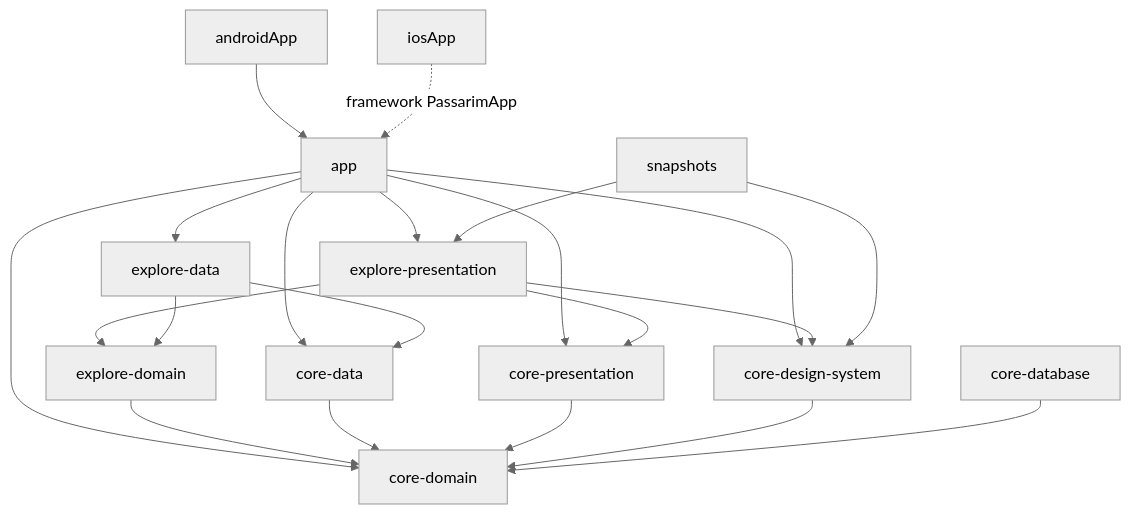
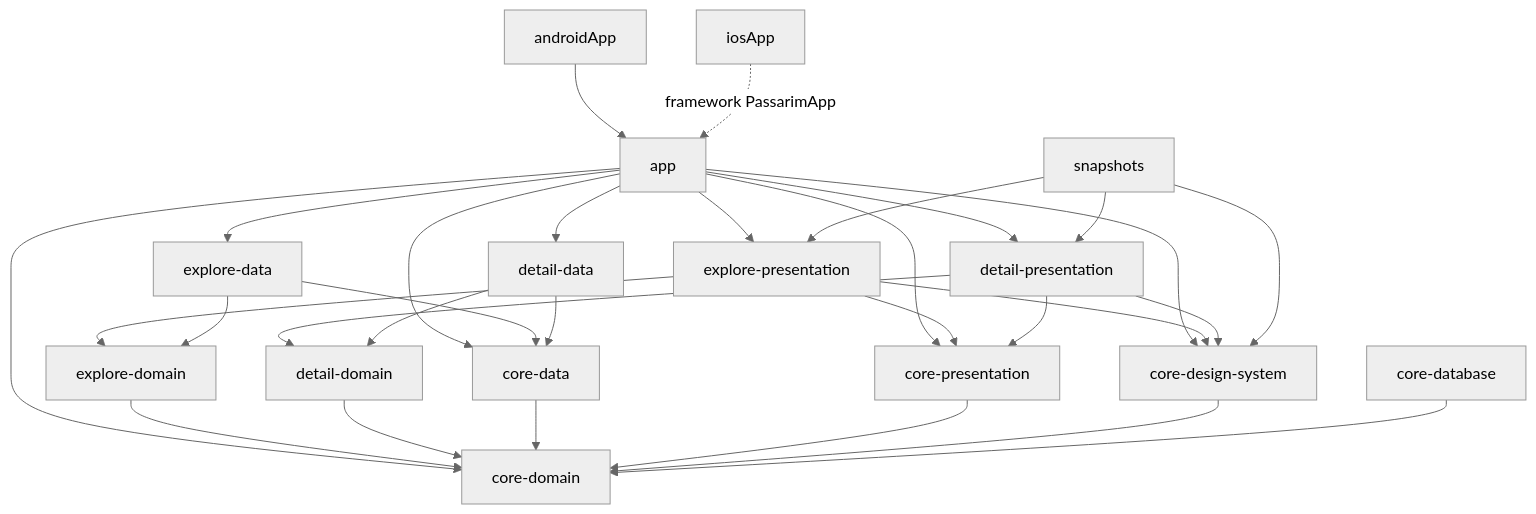
The diagram in README.md (velosobr/passarim-app), drawn with Mermaid (neutral theme) before and after one commit. The commit also changed other lines of this file, not shown here.

````diff
--- a/README.md
+++ b/README.md
@@ -22,23 +22,32 @@
 ```mermaid
 graph TD
     androidApp --> app
     iosApp -. framework PassarimApp .-> app
     app --> core-domain
     app --> core-data
     app --> core-presentation
     app --> core-design-system
     app --> explore-data
     app --> explore-presentation
+    app --> detail-data
+    app --> detail-presentation
     explore-presentation --> explore-domain
     explore-presentation --> core-presentation
     explore-presentation --> core-design-system
     explore-data --> explore-domain
     explore-data --> core-data
     explore-domain --> core-domain
+    detail-presentation --> detail-domain
+    detail-presentation --> core-presentation
+    detail-presentation --> core-design-system
+    detail-data --> detail-domain
+    detail-data --> core-data
+    detail-domain --> core-domain
     core-data --> core-domain
     core-presentation --> core-domain
     core-design-system --> core-domain
     core-database --> core-domain
     snapshots --> core-design-system
     snapshots --> explore-presentation
+    snapshots --> detail-presentation
 ```
````
